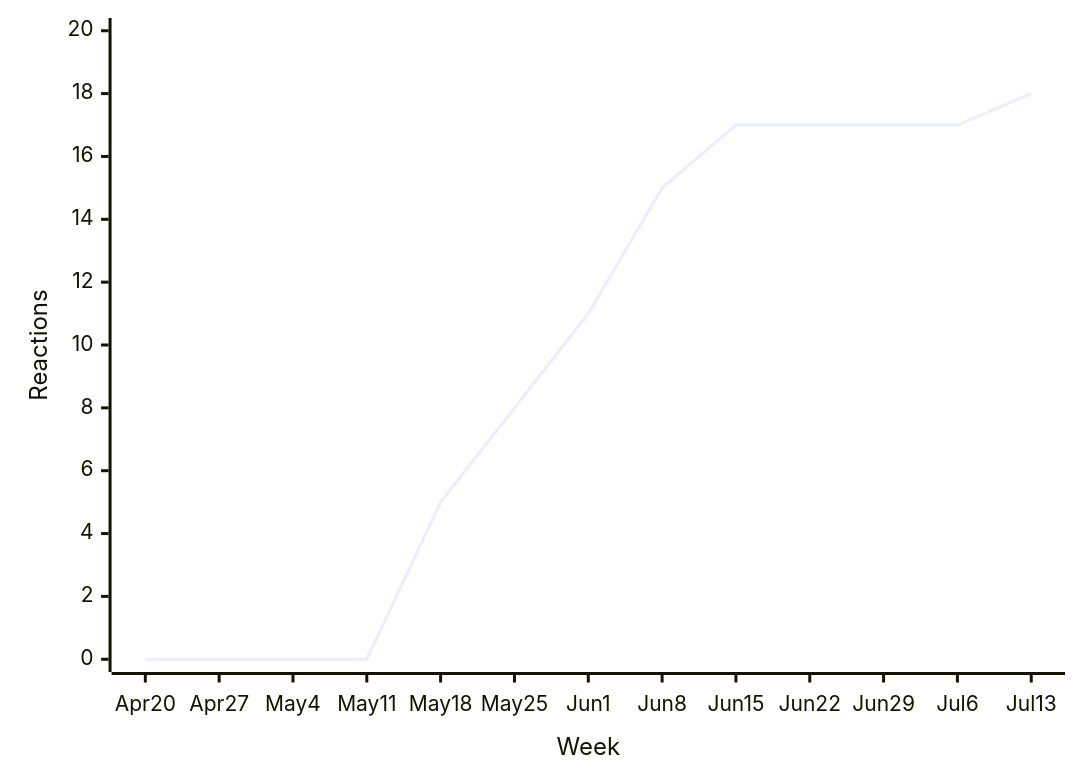
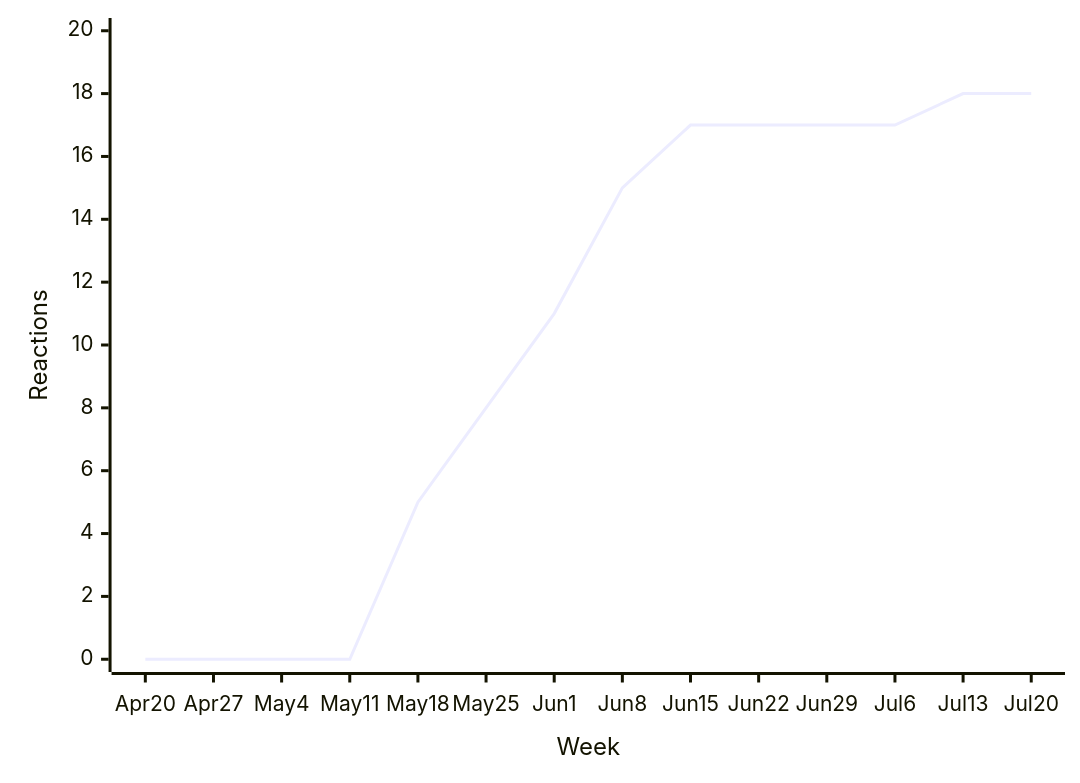
The seventh of 48 diagrams in README.md (loic-sharma/github-insights), drawn with Mermaid before and after one commit. The commit also changed other lines of this file and 3 other files, not shown here.

````diff
--- a/README.md
+++ b/README.md
@@ -441,6 +441,6 @@
   ```mermaid
   xychart-beta
-    x-axis "Week" [Apr 20, Apr 27, May 4, May 11, May 18, May 25, Jun 1, Jun 8, Jun 15, Jun 22, Jun 29, Jul 6, Jul 13]
+    x-axis "Week" [Apr 20, Apr 27, May 4, May 11, May 18, May 25, Jun 1, Jun 8, Jun 15, Jun 22, Jun 29, Jul 6, Jul 13, Jul 20]
     y-axis "Reactions" 0 --> 20
-    line [0, 0, 0, 0, 5, 8, 11, 15, 17, 17, 17, 17, 18]
+    line [0, 0, 0, 0, 5, 8, 11, 15, 17, 17, 17, 17, 18, 18]
   ```
````
